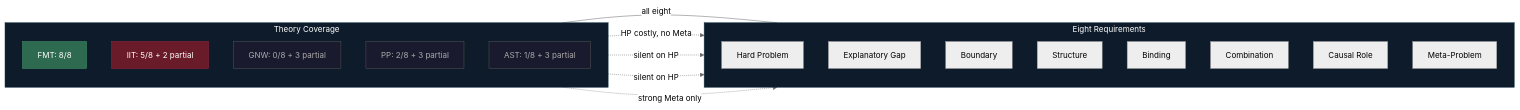
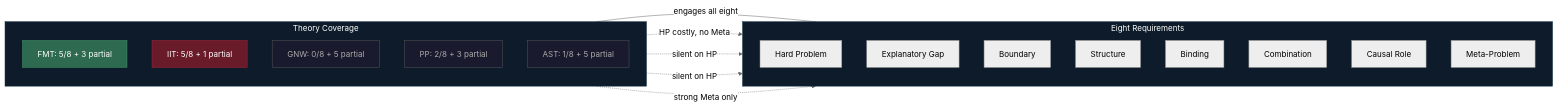
The diagram in wiki/comparative/scoreboard.md (JeltzProstetnic/aIware), drawn with Mermaid (neutral theme) before and after one commit. The commit also changed other lines of this file and 124 other files, not shown here.

````diff
--- a/wiki/comparative/scoreboard.md
+++ b/wiki/comparative/scoreboard.md
@@ -56,37 +58,37 @@
 ```mermaid
 graph LR
     subgraph REQ["Eight Requirements"]
         direction TB
         R1["Hard Problem"]
         R2["Explanatory Gap"]
         R3["Boundary"]
         R4["Structure"]
         R5["Binding"]
         R6["Combination"]
         R7["Causal Role"]
         R8["Meta-Problem"]
     end
 
     subgraph THEORIES["Theory Coverage"]
         direction TB
-        FMT["FMT: 8/8"]
-        IIT["IIT: 5/8 + 2 partial"]
-        GNW["GNW: 0/8 + 3 partial"]
+        FMT["FMT: 5/8 + 3 partial"]
+        IIT["IIT: 5/8 + 1 partial"]
+        GNW["GNW: 0/8 + 5 partial"]
         PP["PP: 2/8 + 3 partial"]
-        AST["AST: 1/8 + 3 partial"]
+        AST["AST: 1/8 + 5 partial"]
     end
 
-    FMT ---|"all eight"| REQ
+    FMT ---|"engages all eight"| REQ
     IIT -.->|"HP costly, no Meta"| REQ
     GNW -.->|"silent on HP"| REQ
     PP -.->|"silent on HP"| REQ
     AST -.->|"strong Meta only"| REQ
 
     style FMT fill:#2d6a4f,stroke:#40916c,color:#fff
     style IIT fill:#6a1b2a,stroke:#a4243b,color:#fff
     style GNW fill:#1a1a2e,stroke:#555,color:#aaa
     style PP fill:#1a1a2e,stroke:#555,color:#aaa
     style AST fill:#1a1a2e,stroke:#555,color:#aaa
     style REQ fill:#0d1b2a,stroke:#1b3a4b,color:#fff
     style THEORIES fill:#0d1b2a,stroke:#1b3a4b,color:#fff
 ```
````
